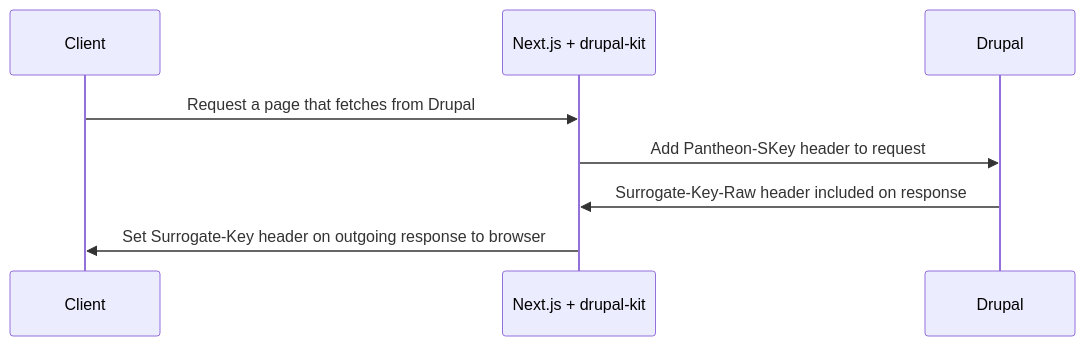
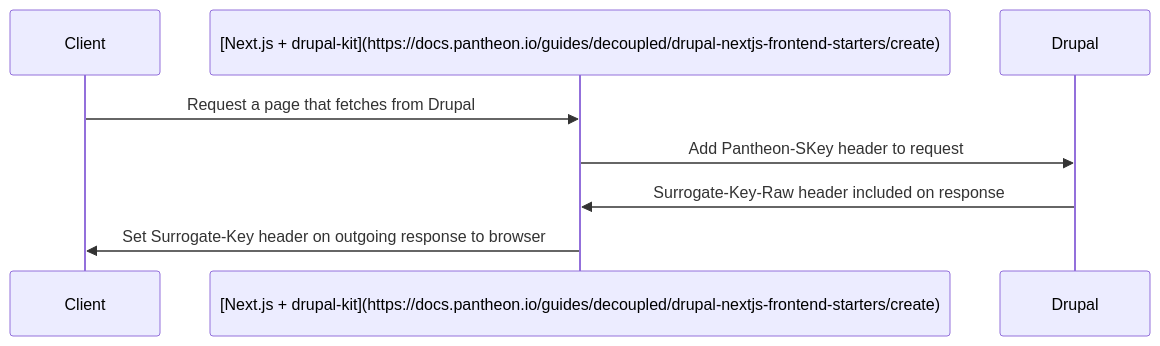
One commit to whitneymeredith/decoupled-kit-js changed the diagram in web/docs/Frontend Starters/Next.js/Next.js + Drupal/surrogate-key-based-caching.md. Above: the diagram before and after it, drawn with Mermaid.

Commit message:
link test

````diff
--- a/web/docs/Frontend Starters/Next.js/Next.js + Drupal/surrogate-key-based-caching.md
+++ b/web/docs/Frontend Starters/Next.js/Next.js + Drupal/surrogate-key-based-caching.md
@@ -22,10 +22,10 @@
 ```mermaid
 sequenceDiagram
 	participant A as Client
-    participant B as Next.js + drupal-kit
+    participant B as [Next.js + drupal-kit](https://docs.pantheon.io/guides/decoupled/drupal-nextjs-frontend-starters/create)
     participant C as Drupal
     A->>B: Request a page that fetches from Drupal
     B->>C: Add Pantheon-SKey header to request
     C->>B: Surrogate-Key-Raw header included on response
     B->>A: Set Surrogate-Key header on outgoing response to browser
 ```
````
